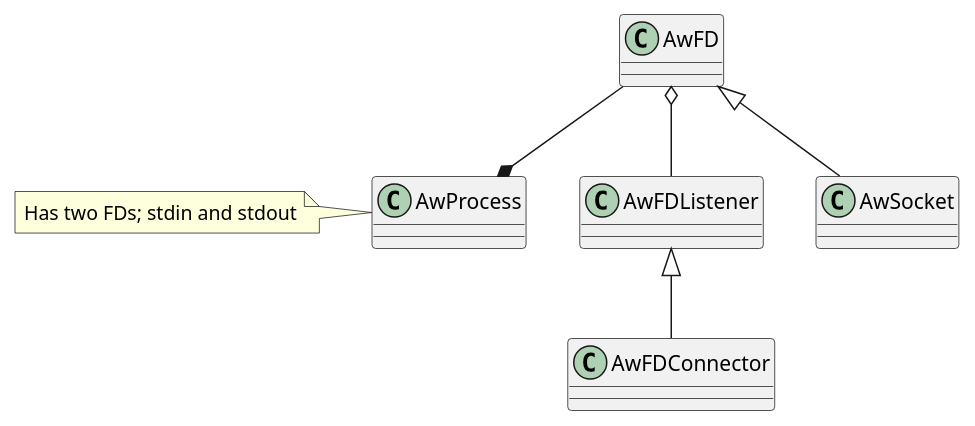
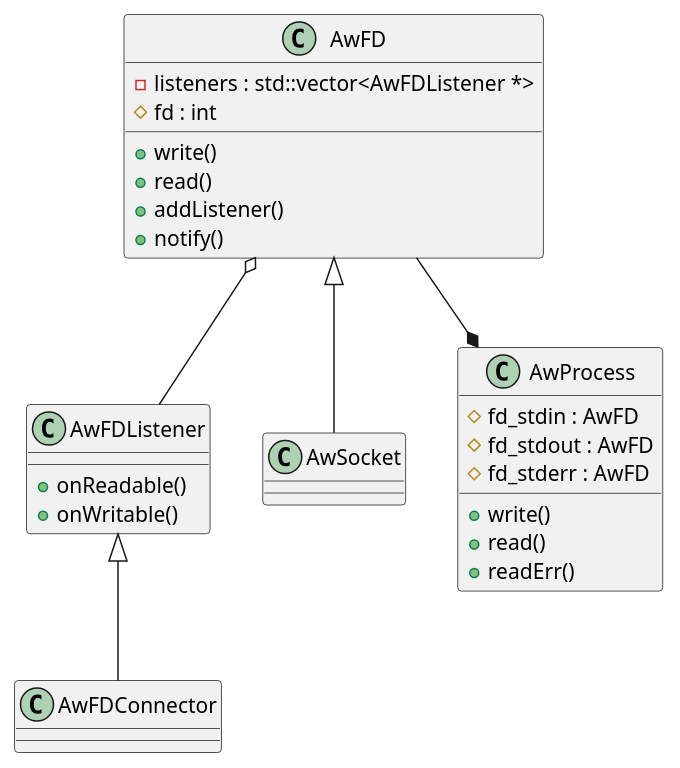
Before and after one commit to andrew-rogers/AndrewWIDE: the diagram in doc/class_diagram.puml, drawn with PlantUML.

Commit message:
Added members to AwProcess and related classes in class diagram.

```diff
--- a/doc/class_diagram.puml
+++ b/doc/class_diagram.puml
@@ -1,8 +1,29 @@
 @startuml
 AwFDListener <|-- AwFDConnector
 AwFD <|-- AwSocket
 AwFD --* AwProcess
 AwFD o-- AwFDListener
-class AwProcess
-note left: Has two FDs; stdin and stdout
+
+class AwFDListener {
+ +onReadable()
+ +onWritable()
+}
+
+class AwFD {
+ -listeners : std::vector<AwFDListener *>
+ #fd : int
+ +write()
+ +read()
+ +addListener()
+ +notify()
+}
+
+class AwProcess {
+ #fd_stdin : AwFD
+ #fd_stdout : AwFD
+ #fd_stderr : AwFD
+ +write()
+ +read()
+ +readErr()
+}
 @enduml
```
